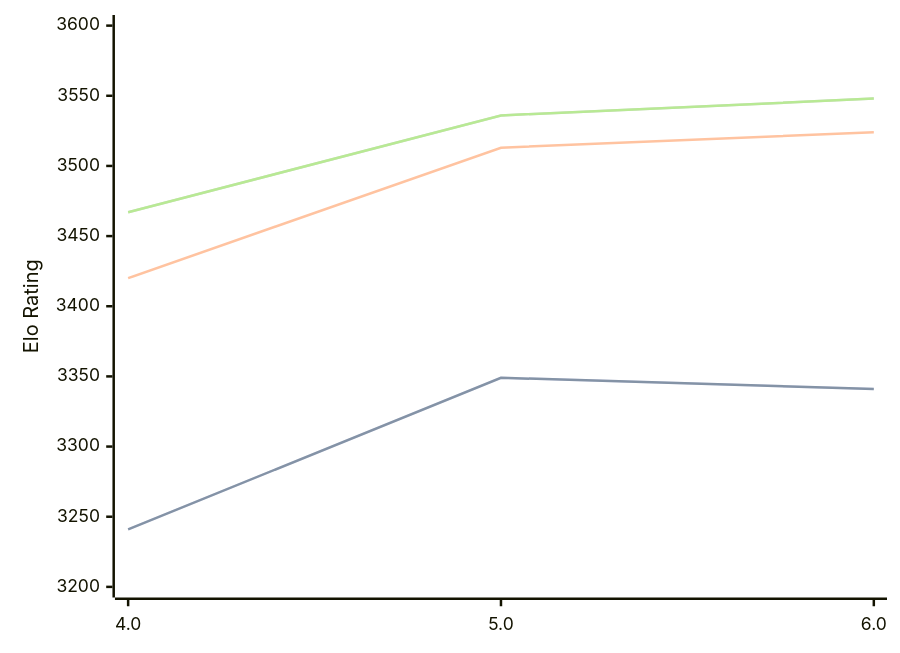
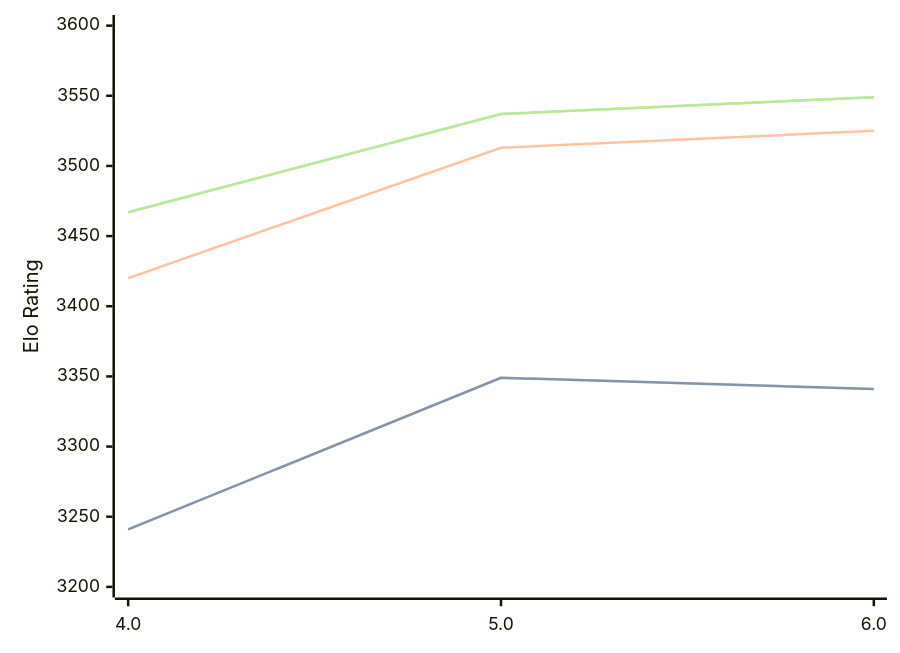
The third of 3 diagrams in engines/Tarnished.md (computer-chess-index/cci), drawn with Mermaid before and after one commit. The commit also changed other lines of this file, not shown here.

Commit message:
Update CCI Ratings (ELO VLTC) - 2026-06-26

````diff
--- a/engines/Tarnished.md
+++ b/engines/Tarnished.md
@@ -70,11 +70,11 @@
 ```mermaid
 %%{init: {"theme":"base","themeVariables":{"seriesColors:['#a3a3a3','#222221','#faa371']}}}%%
 xychart-beta
   x-axis ["4.0", "5.0", "6.0"]
   y-axis "Elo Rating" 3200 --> 3600
   line "STC (8.0+0.08s)" [3241, 3349, 3341]
   line "STC (8.0+0.08s)" [3241, 3349, 3341]
-  line "LTC (60.0+0.60s)" [3420, 3513, 3524]
-  line "VLTC (2m24s+1.12s)" [3467, 3536, 3548]
-  line "VLTC (2m24s+1.12s)" [3467, 3536, 3548]
+  line "LTC (60.0+0.60s)" [3420, 3513, 3525]
+  line "VLTC (2m24s+1.12s)" [3467, 3537, 3549]
+  line "VLTC (2m24s+1.12s)" [3467, 3537, 3549]
 ```
````
